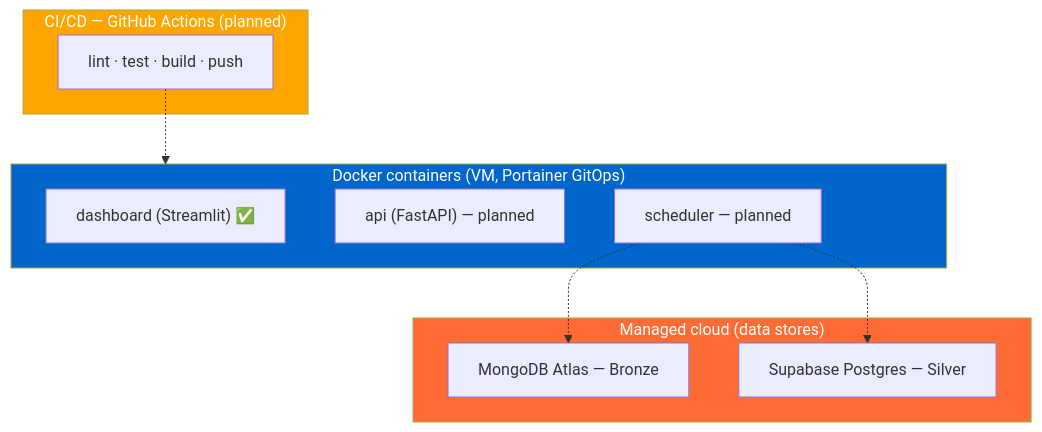
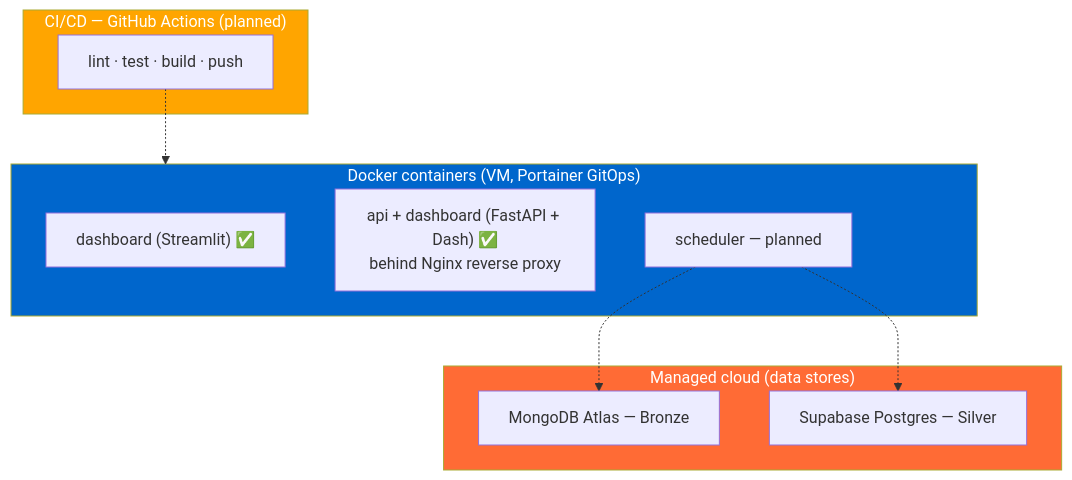
One commit to MatthiasSails/airline-data-platform changed the fourth of 5 diagrams in docs/architecture/README.md. Above: the diagram before and after it, drawn with Mermaid. The commit also changed other lines of this file, not shown here.

First line of the commit message:
docs(architecture): document the second Gold-layer stack (#16)

````diff
--- a/docs/architecture/README.md
+++ b/docs/architecture/README.md
@@ -111,23 +121,23 @@
 ```mermaid
 graph TB
     subgraph MANAGED["Managed cloud (data stores)"]
         M1["MongoDB Atlas — Bronze"]
         M2["Supabase Postgres — Silver"]
     end
     subgraph COMPOSE["Docker containers (VM, Portainer GitOps)"]
         C1["dashboard (Streamlit) ✅"]
-        C2["api (FastAPI) — planned"]
+        C2["api + dashboard (FastAPI + Dash) ✅<br/>behind Nginx reverse proxy"]
         C3["scheduler — planned"]
     end
     subgraph CICD["CI/CD — GitHub Actions (planned)"]
         CI["lint · test · build · push"]
     end
 
     C3 -.-> M1
     C3 -.-> M2
     CI -.-> COMPOSE
 
     style MANAGED fill:#FF6B35,color:#fff
     style COMPOSE fill:#0066CC,color:#fff
     style CICD fill:#FFA500,color:#fff
 ```
````
